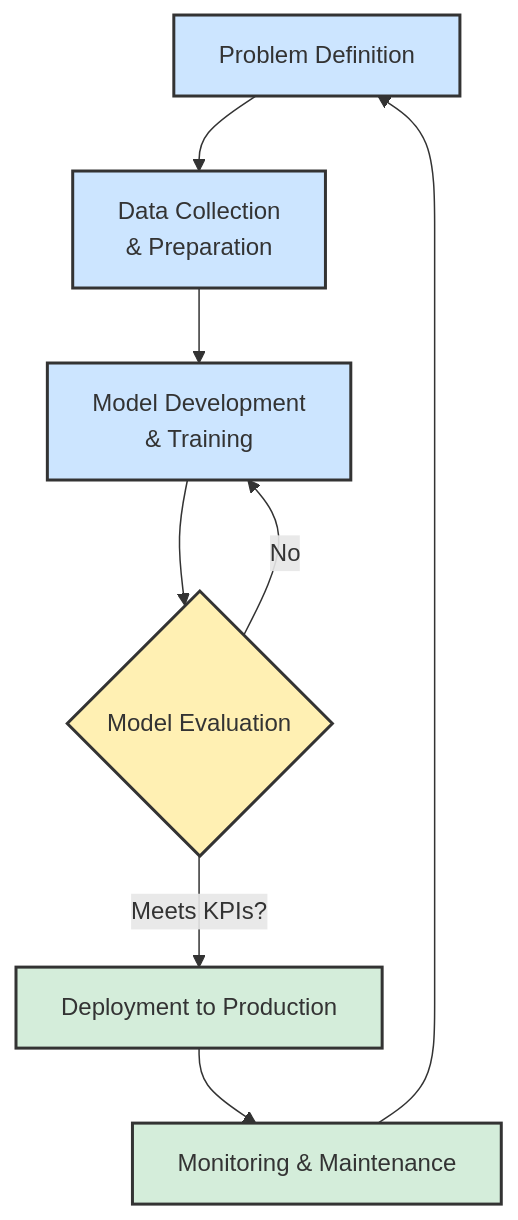
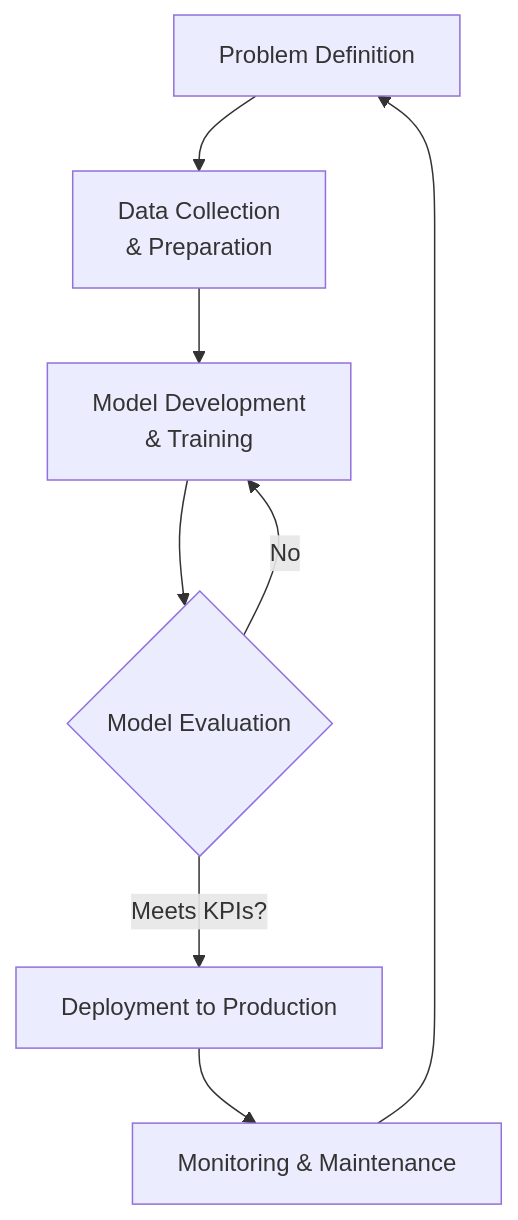
The first of 5 diagrams in README.md (89jobrien/examples), drawn with Mermaid before and after one commit. The commit also changed other lines of this file, not shown here.

````diff
--- a/README.md
+++ b/README.md
@@ -7,17 +7,10 @@
 ```mermaid
 graph TD
     A[Problem Definition] --> B[Data Collection<br>& Preparation]
     B --> C[Model Development<br>& Training]
     C --> D{Model Evaluation}
     D -- Meets KPIs? --> E[Deployment to Production]
     D -- No --> C
     E --> F[Monitoring & Maintenance]
     F --> A
-
-    style A fill:#cce5ff,stroke:#333,stroke-width:2px
-    style B fill:#cce5ff,stroke:#333,stroke-width:2px
-    style C fill:#cce5ff,stroke:#333,stroke-width:2px
-    style D fill:#fff0b3,stroke:#333,stroke-width:2px
-    style E fill:#d4edda,stroke:#333,stroke-width:2px
-    style F fill:#d4edda,stroke:#333,stroke-width:2px
 ```
````
